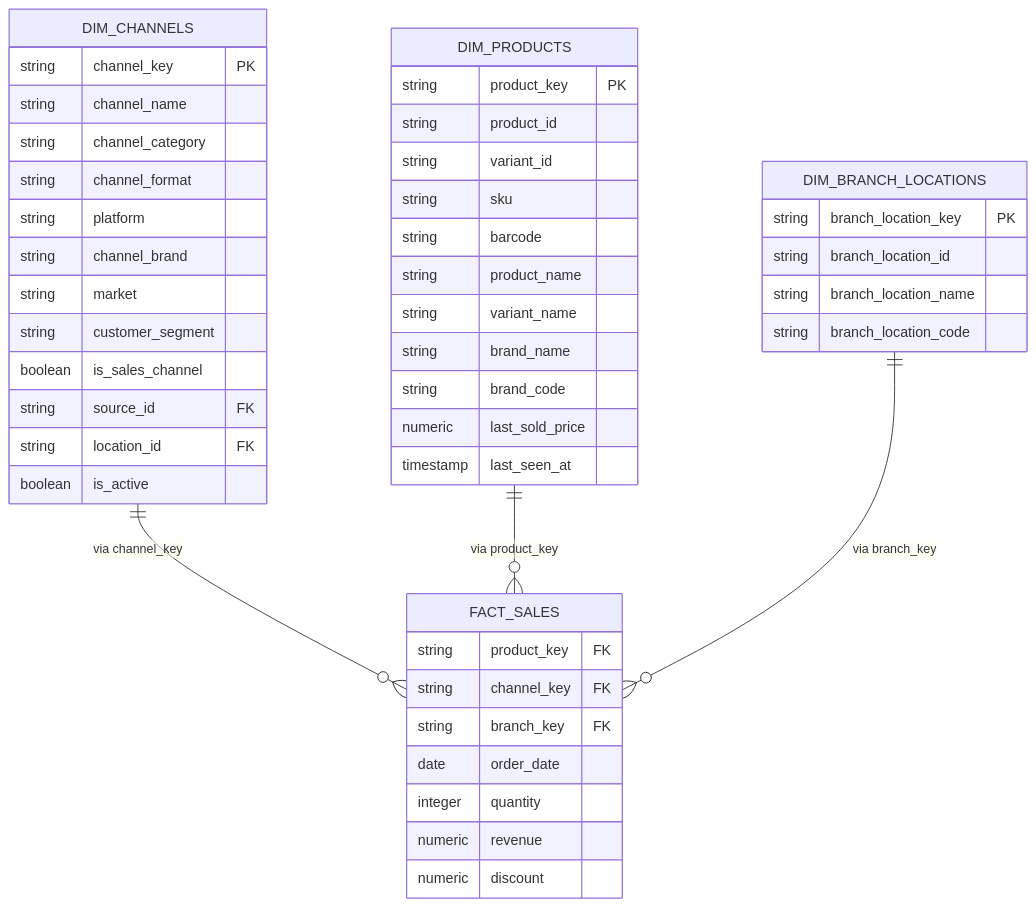
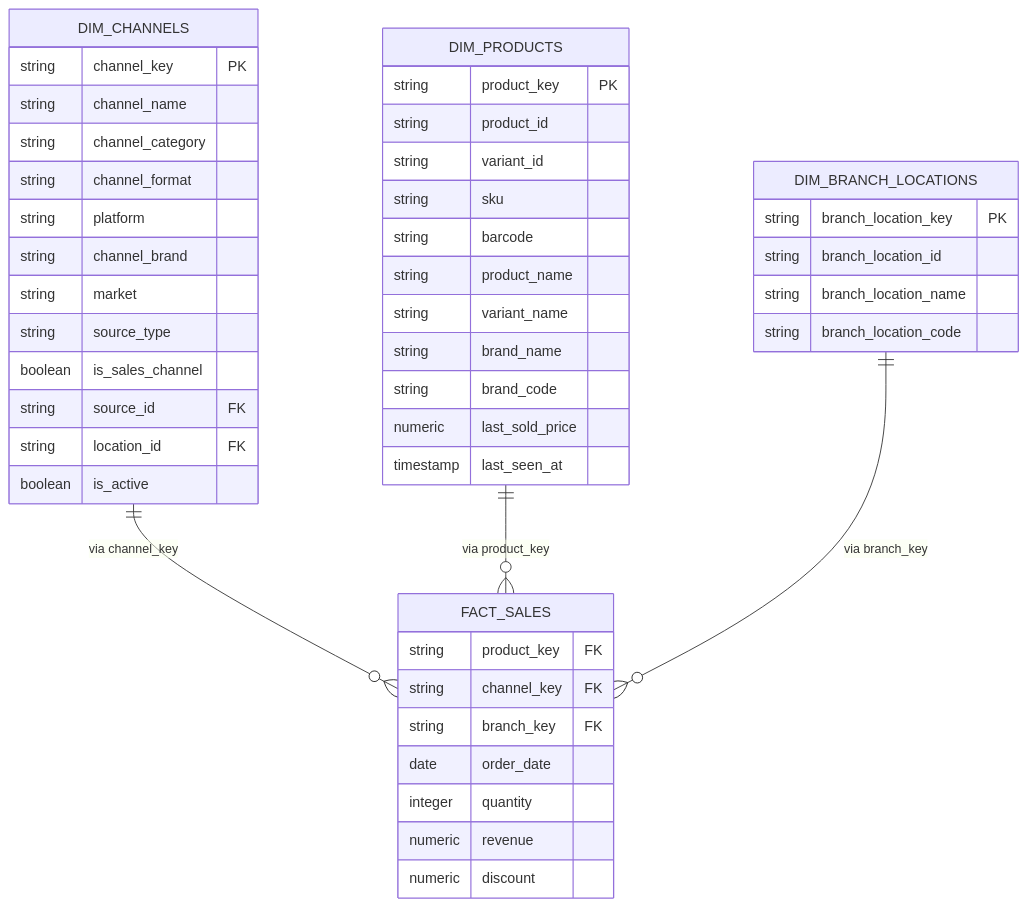
Before and after one commit to vantt/data-integration: the third of 3 diagrams in docs/context/channel-classification.md, drawn with Mermaid. The commit also changed other lines of this file and 39 other files, not shown here.

First line of the commit message:
refactor(marts): normalize source_type and value_group segmentation

````diff
--- a/docs/context/channel-classification.md
+++ b/docs/context/channel-classification.md
@@ -517,52 +517,52 @@
 ```mermaid
 erDiagram
     DIM_CHANNELS {
         string channel_key PK
         string channel_name
         string channel_category
         string channel_format
         string platform
         string channel_brand
         string market
-        string customer_segment
+        string source_type
         boolean is_sales_channel
         string source_id FK
         string location_id FK
         boolean is_active
     }
     
     DIM_PRODUCTS {
         string product_key PK
         string product_id
         string variant_id
         string sku
         string barcode
         string product_name
         string variant_name
         string brand_name
         string brand_code
         numeric last_sold_price
         timestamp last_seen_at
     }
     
     DIM_BRANCH_LOCATIONS {
         string branch_location_key PK
         string branch_location_id
         string branch_location_name
         string branch_location_code
     }
     
     FACT_SALES {
         string product_key FK
         string channel_key FK
         string branch_key FK
         date order_date
         integer quantity
         numeric revenue
         numeric discount
     }
     
     DIM_CHANNELS ||--o{ FACT_SALES : "via channel_key"
     DIM_PRODUCTS ||--o{ FACT_SALES : "via product_key"
     DIM_BRANCH_LOCATIONS ||--o{ FACT_SALES : "via branch_key"
 ```
````
